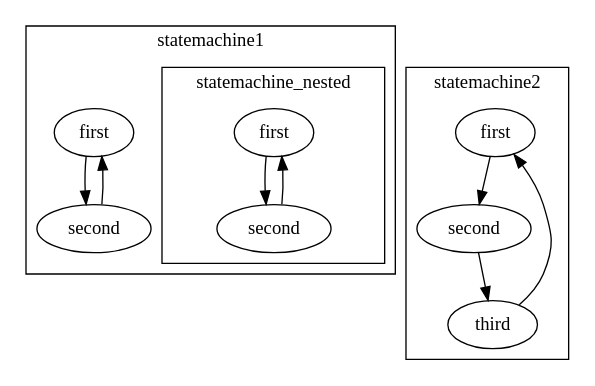
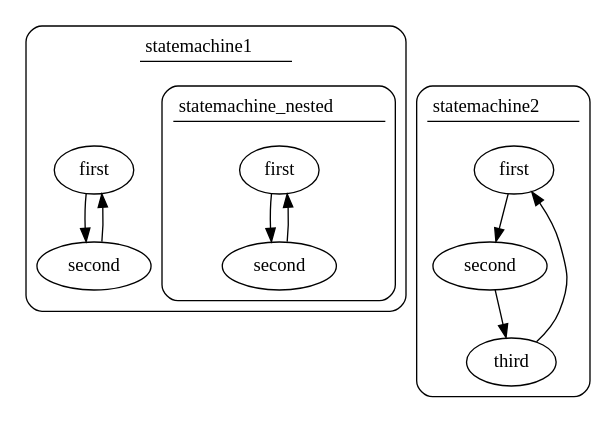
The diagram in test.dot (dasmuli/cstatecharts), drawn with Graphviz before and after one commit. The commit also changed 4 other files, not shown here.

```diff
--- a/test.dot
+++ b/test.dot
@@ -1,32 +1,36 @@
 digraph D {
+compound=true
 subgraph cluster_statemachine1 {
-  label = "statemachine1";
+style = rounded
+  label = < <table cellborder="0" border="0"> <tr><td width="47" >statemachine1</td></tr><hr/>   <tr><td></td></tr> </table> >;
 "statemachine1_first" [label = "first"];
 "statemachine1_second" [label = "second"];
 statemachine1_first -> statemachine1_second
 "statemachine1_second" [label = "second"];
 "statemachine1_first" [label = "first"];
 statemachine1_second -> statemachine1_first
 subgraph cluster_statemachine_nested {
-  label = "statemachine_nested";
+style = rounded
+  label = < <table cellborder="0" border="0"> <tr><td width="47" >statemachine_nested</td></tr><hr/>   <tr><td></td></tr> </table> >;
 "statemachine_nested_first" [label = "first"];
 "statemachine_nested_second" [label = "second"];
 statemachine_nested_first -> statemachine_nested_second
 "statemachine_nested_second" [label = "second"];
 "statemachine_nested_first" [label = "first"];
 statemachine_nested_second -> statemachine_nested_first
 }
 }
 subgraph cluster_statemachine2 {
-  label = "statemachine2";
+style = rounded
+  label = < <table cellborder="0" border="0"> <tr><td width="47" >statemachine2</td></tr><hr/>   <tr><td></td></tr> </table> >;
 "statemachine2_first" [label = "first"];
 "statemachine2_second" [label = "second"];
 statemachine2_first -> statemachine2_second
 "statemachine2_second" [label = "second"];
 "statemachine2_third" [label = "third"];
 statemachine2_second -> statemachine2_third
 "statemachine2_third" [label = "third"];
 "statemachine2_first" [label = "first"];
 statemachine2_third -> statemachine2_first
 }
 }
```
